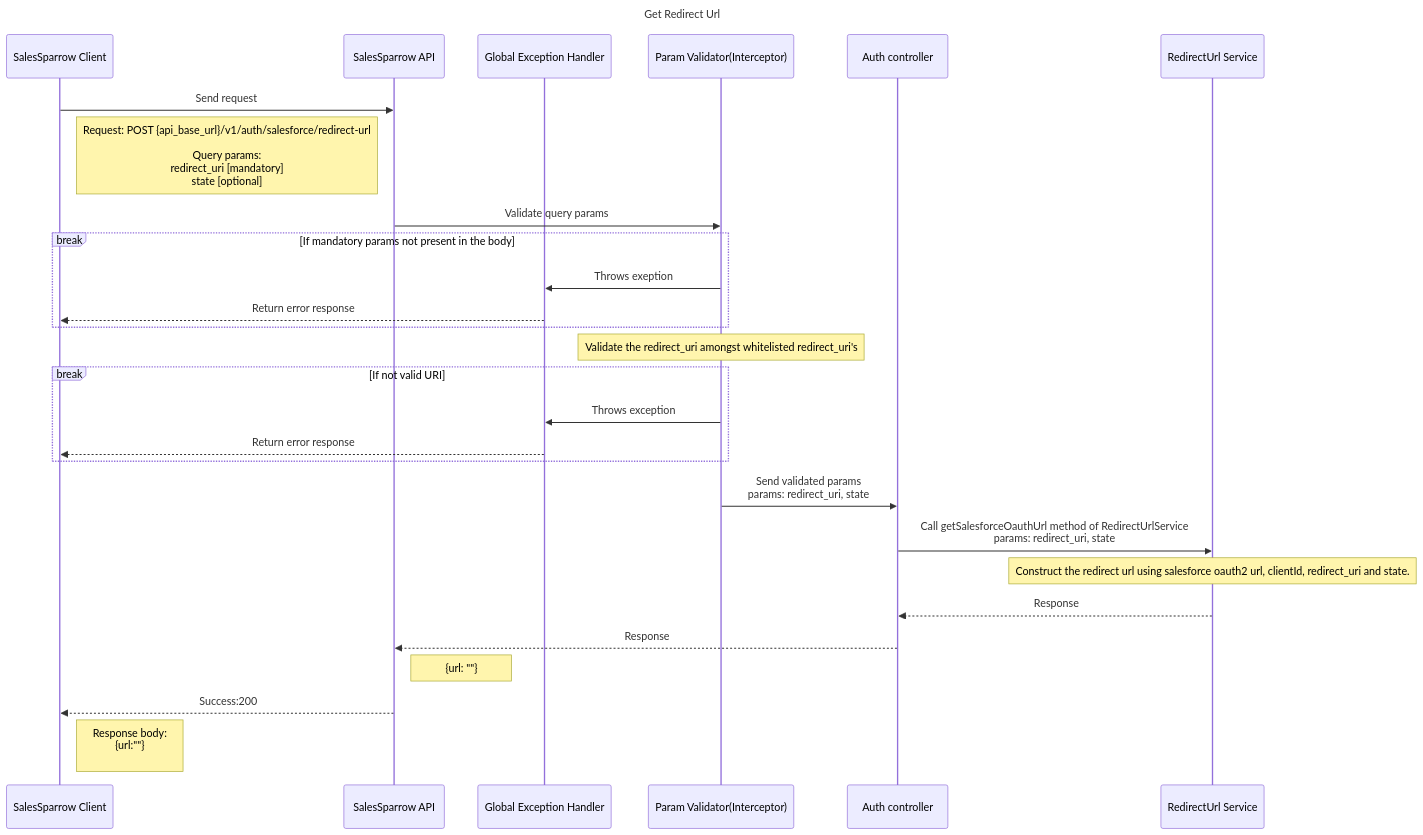
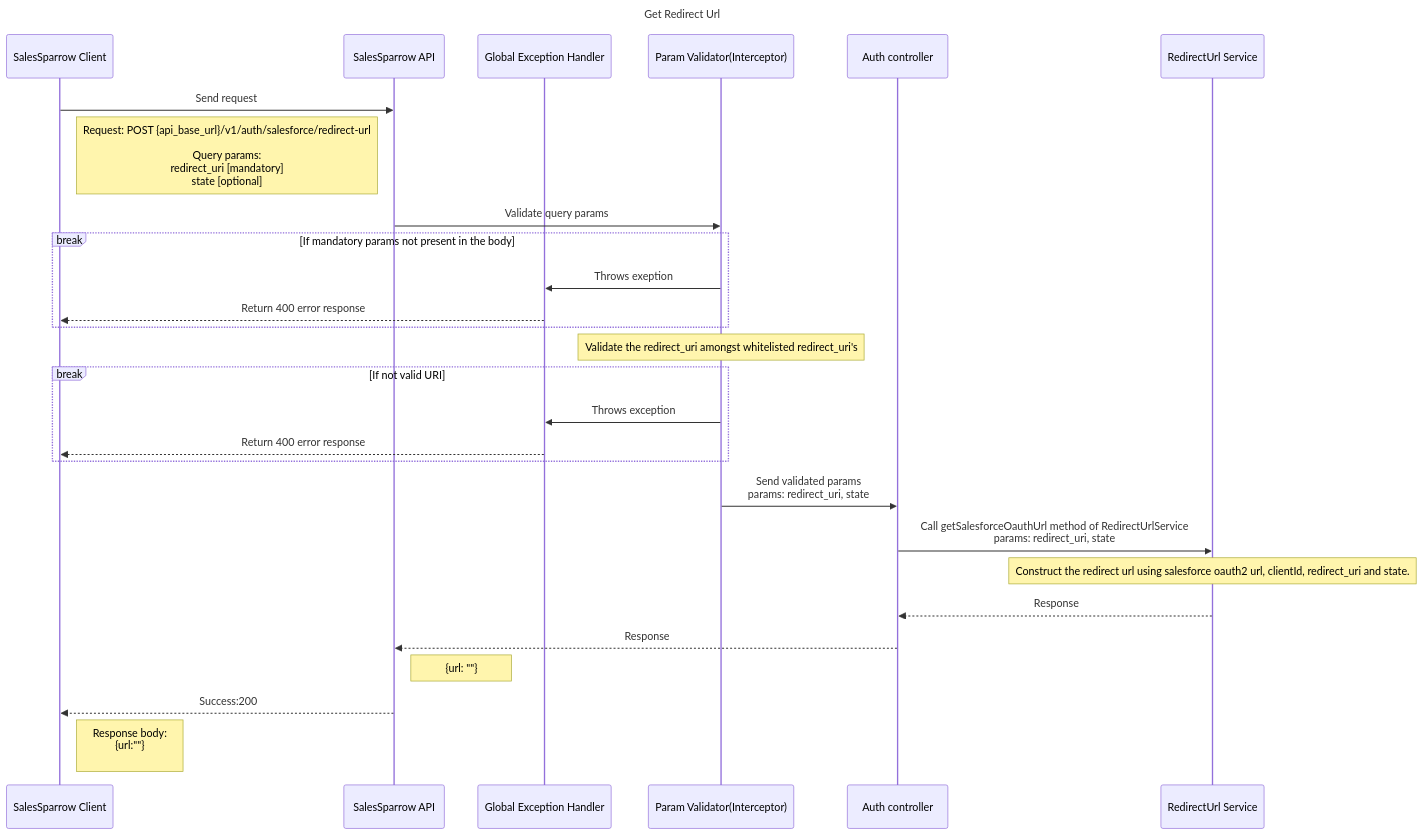
Before and after one commit to TrueSparrowSystems/AI-SalesSparrow-Docs: the diagram in sequenceDiagrams/Auth/RedirectUrl.mermaid, drawn with Mermaid. The commit also changed 2 other files, not shown here.

Commit message:
Updated sequence diagram with error codes.

```diff
--- a/sequenceDiagrams/Auth/RedirectUrl.mermaid
+++ b/sequenceDiagrams/Auth/RedirectUrl.mermaid
@@ -1,37 +1,37 @@
 sequenceDiagram
   title Get Redirect Url
     participant ui as SalesSparrow Client
     participant api as SalesSparrow API
     participant exceptionHandler as Global Exception Handler
     participant validator as Param Validator(Interceptor)
     participant controller as Auth controller
     participant service as RedirectUrl Service
     
     ui->>api:  Send request 
     note right of ui: Request: POST {api_base_url}/v1/auth/salesforce/redirect-url<br><br>Query params: <br>redirect_uri [mandatory] <br>state [optional] 
 
     api->>validator: Validate query params
     
 
     break If mandatory params not present in the body
         validator->>exceptionHandler: Throws exeption
-        exceptionHandler-->>ui:Return error response 
+        exceptionHandler-->>ui:Return 400 error response 
     end
 
     note over validator: Validate the redirect_uri amongst whitelisted redirect_uri's
     break If not valid URI
         validator->>exceptionHandler: Throws exception 
-        exceptionHandler-->>ui: Return error response
+        exceptionHandler-->>ui: Return 400 error response
     end
 
     validator->>controller: Send validated params <br> params: redirect_uri, state
 
     controller->>service: Call getSalesforceOauthUrl method of RedirectUrlService<br> params: redirect_uri, state
     note over service: Construct the redirect url using salesforce oauth2 url, clientId, redirect_uri and state. 
 
     service-->> controller: Response
     controller-->>api: Response
     note right of api: {url: ""}
 
     api-->>ui: Success:200
     note right of ui: Response body:<br> {url:""}<br>
```
